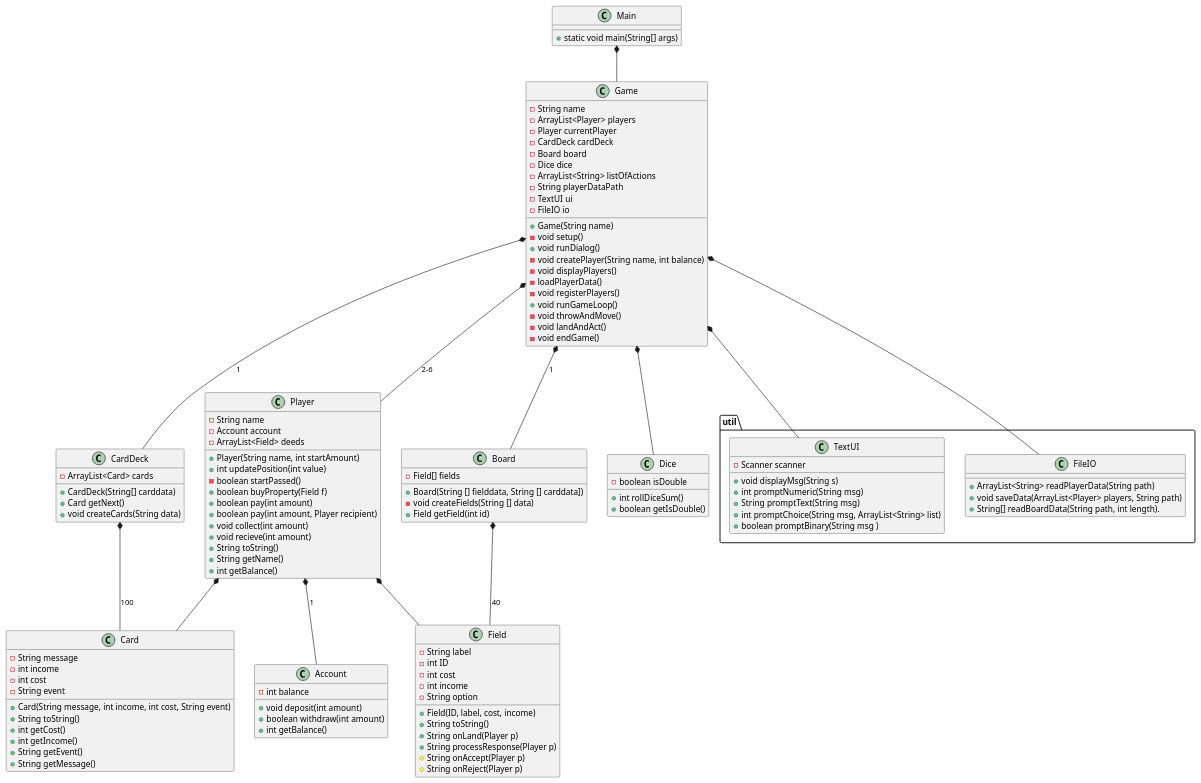
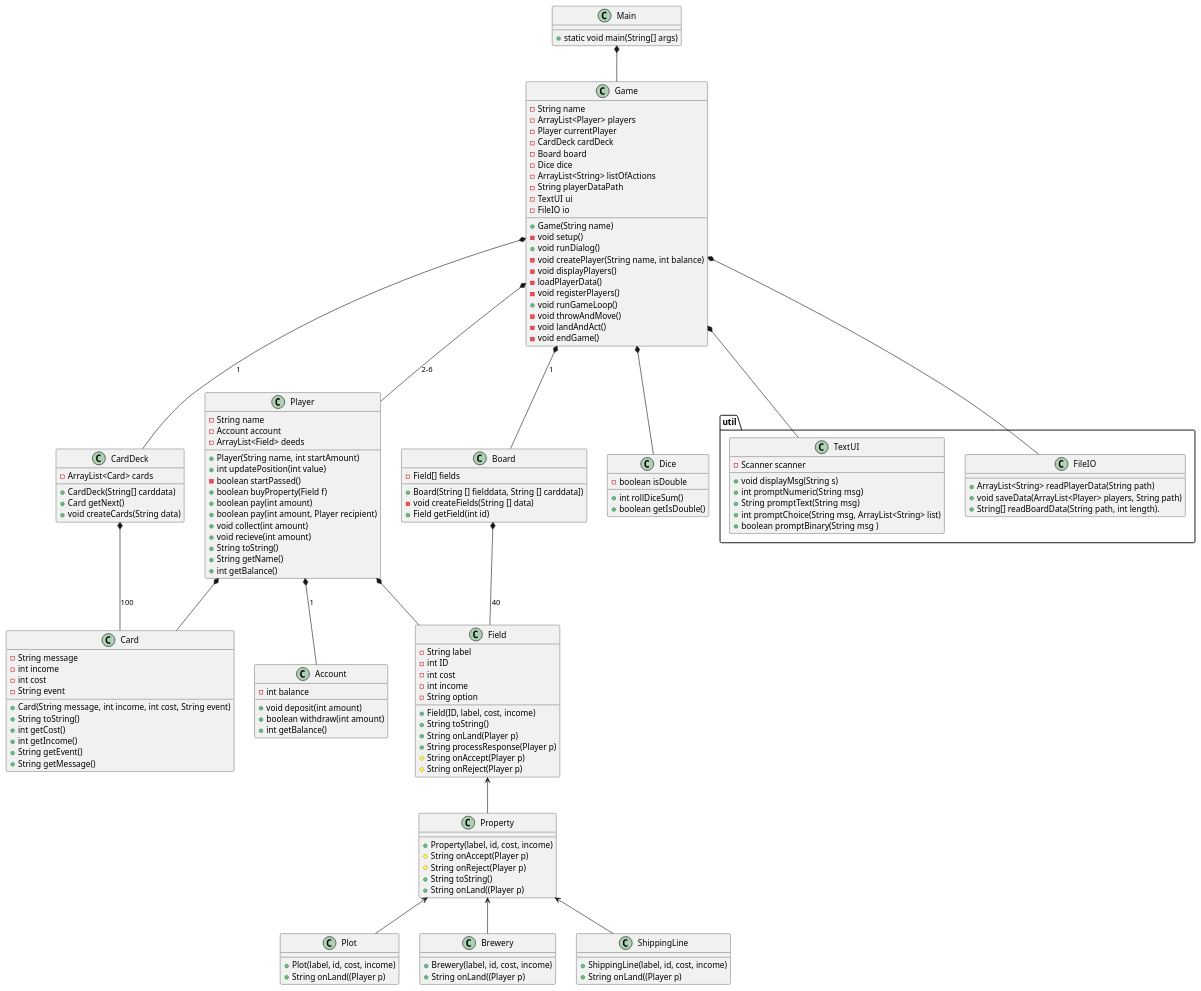
Before and after one commit to Dat1Cphbusiness/MonopolyE24: the diagram in doc/Plan/static/classdiagram_v1.puml, drawn with PlantUML. The commit also changed 3 other files, not shown here.

Commit message:
lavet classdiagram færdig og Sprint4

```diff
--- a/doc/Plan/static/classdiagram_v1.puml
+++ b/doc/Plan/static/classdiagram_v1.puml
@@ -1,136 +1,164 @@
 @startuml
 class Main{
 + static void main(String[] args)
 }
 
 
 
 
 class Game{
  - String name
  - ArrayList<Player> players
  - Player currentPlayer
  - CardDeck cardDeck
  - Board board
  - Dice dice
  'utilities
   - ArrayList<String> listOfActions
   - String playerDataPath
   - TextUI ui
   - FileIO io
   'Contructor
  + Game(String name)
  'Methods
  - void setup()
  + void runDialog()
  - void createPlayer(String name, int balance)
  - void displayPlayers()
   - loadPlayerData()
  - void registerPlayers()
  + void runGameLoop()
  - void throwAndMove()
  - void landAndAct()
  - void endGame()
 
 }
 
 class Player{
 - String name
 - Account account
 - ArrayList<Field> deeds
 + Player(String name, int startAmount)
 + int updatePosition(int value)
 - boolean startPassed()
 + boolean buyProperty(Field f)
 + boolean pay(int amount)
 + boolean pay(int amount, Player recipient)
 + void collect(int amount)
 + void recieve(int amount)
 + String toString()
 + String getName()
 + int getBalance()
 }
 class Account{
 - int balance
 + void deposit(int amount)
 + boolean withdraw(int amount)
 + int getBalance()
 }
 
 
 
 
 class Field{
 - String label
  - int ID
  - int cost
  - int income
  - String option
  + Field(ID, label, cost, income)
  + String toString()
  + String onLand(Player p)
  + String processResponse(Player p)
  # String onAccept(Player p)
  # String onReject(Player p)
 }
+
+class Property{
++ Property(label, id, cost, income)
+# String onAccept(Player p)
+# String onReject(Player p)
++ String toString()
++ String onLand((Player p)
+}
+
+class Plot{
++ Plot(label, id, cost, income)
++ String onLand((Player p)
+}
+
+class Brewery{
++ Brewery(label, id, cost, income)
++ String onLand((Player p)
+}
+
+class ShippingLine{
++ ShippingLine(label, id, cost, income)
++ String onLand((Player p)
+}
+
 class Board{
  - Field[] fields
  + Board(String [] fielddata, String [] carddata])
  - void createFields(String [] data)
  + Field getField(int id)
 }
 
 class CardDeck {
 - ArrayList<Card> cards
 + CardDeck(String[] carddata)
 + Card getNext()
 + void createCards(String data)
 }
 class Card{
 -String message
 -int income
 -int cost
 -String event
 +Card(String message, int income, int cost, String event)
 +String toString()
 + int getCost()
 + int getIncome()
 + String getEvent()
 + String getMessage()
 }
 
 class Dice{
  - boolean isDouble
  +int rollDiceSum()
  +boolean getIsDouble()
  }
 package "util" {
 class TextUI{
 - Scanner scanner
 + void displayMsg(String s)
 + int promptNumeric(String msg)
 + String promptText(String msg)
 + int promptChoice(String msg, ArrayList<String> list)
 + boolean promptBinary(String msg )
 }
 class FileIO{
 + ArrayList<String> readPlayerData(String path)
 + void saveData(ArrayList<Player> players, String path)
 + String[] readBoardData(String path, int length).
 }
 }
 
 Game *-- TextUI
 Main *-- Game
 Game *-- Player: 2-6
 Game *-- FileIO
 Player *-- Account:1
 Game *-- Board:1
 Board *-- Field:40
 Game *-- CardDeck:1
 CardDeck *-- Card:100
 Game *-- Dice
 Player *-- Card
 Player *-- Field
+Field <-- Property
+Property <-- Plot
+Property <-- Brewery
+Property <-- ShippingLine
 
 @enduml
```
